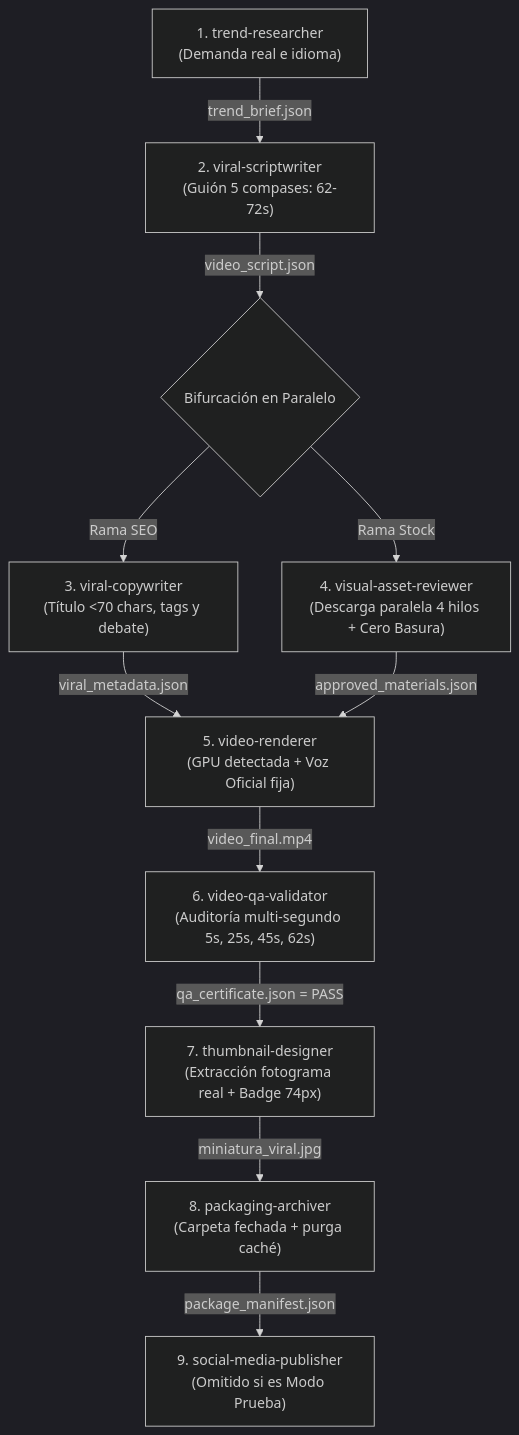
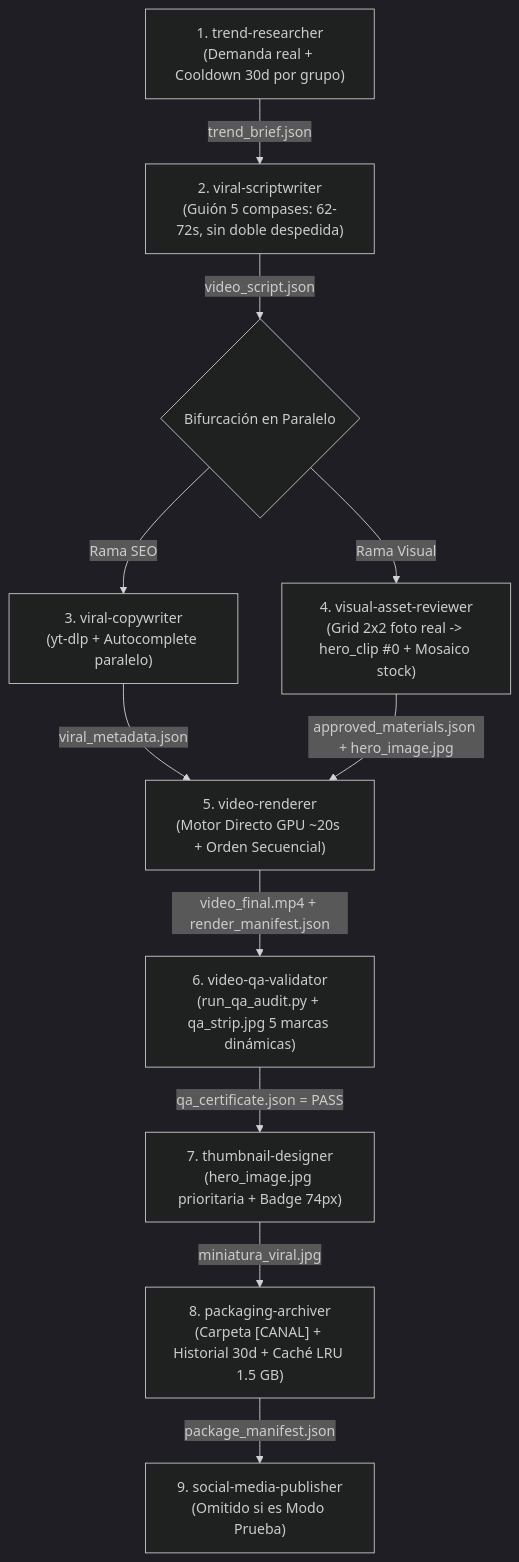
One commit to sephirods/VideoStudio-Facelessviral-CLI changed the diagram in AGENTS.md. Above: the diagram before and after it, drawn with Mermaid (dark theme). The commit also changed other lines of this file and 25 other files, not shown here.

Commit message:
perf(pipeline): direct FFmpeg+NVENC engine (-90% render time), fix hook shuffle & aspect squash, QA strip & 1.5GB LRU cache

````diff
--- a/AGENTS.md
+++ b/AGENTS.md
@@ -77,13 +81,13 @@
 ```mermaid
 flowchart TD
-    A["1. trend-researcher<br/>(Demanda real e idioma)"] -->|trend_brief.json| B["2. viral-scriptwriter<br/>(Guión 5 compases: 62-72s)"]
+    A["1. trend-researcher<br/>(Demanda real + Cooldown 30d por grupo)"] -->|trend_brief.json| B["2. viral-scriptwriter<br/>(Guión 5 compases: 62-72s, sin doble despedida)"]
     B -->|video_script.json| C{"Bifurcación en Paralelo"}
-    C -->|Rama SEO| D["3. viral-copywriter<br/>(Título <70 chars, tags y debate)"]
-    C -->|Rama Stock| E["4. visual-asset-reviewer<br/>(Descarga paralela 4 hilos + Cero Basura)"]
-    D -->|viral_metadata.json| F["5. video-renderer<br/>(GPU detectada + Voz Oficial fija)"]
-    E -->|approved_materials.json| F
-    F -->|video_final.mp4| G["6. video-qa-validator<br/>(Auditoría multi-segundo 5s, 25s, 45s, 62s)"]
-    G -->|qa_certificate.json = PASS| H["7. thumbnail-designer<br/>(Extracción fotograma real + Badge 74px)"]
-    H -->|miniatura_viral.jpg| I["8. packaging-archiver<br/>(Carpeta fechada + purga caché)"]
+    C -->|Rama SEO| D["3. viral-copywriter<br/>(yt-dlp + Autocomplete paralelo)"]
+    C -->|Rama Visual| E["4. visual-asset-reviewer<br/>(Grid 2x2 foto real -> hero_clip #0 + Mosaico stock)"]
+    D -->|viral_metadata.json| F["5. video-renderer<br/>(Motor Directo GPU ~20s + Orden Secuencial)"]
+    E -->|approved_materials.json + hero_image.jpg| F
+    F -->|video_final.mp4 + render_manifest.json| G["6. video-qa-validator<br/>(run_qa_audit.py + qa_strip.jpg 5 marcas dinámicas)"]
+    G -->|qa_certificate.json = PASS| H["7. thumbnail-designer<br/>(hero_image.jpg prioritaria + Badge 74px)"]
+    H -->|miniatura_viral.jpg| I["8. packaging-archiver<br/>(Carpeta [CANAL] + Historial 30d + Caché LRU 1.5 GB)"]
     I -->|package_manifest.json| J["9. social-media-publisher<br/>(Omitido si es Modo Prueba)"]
 ```
````
